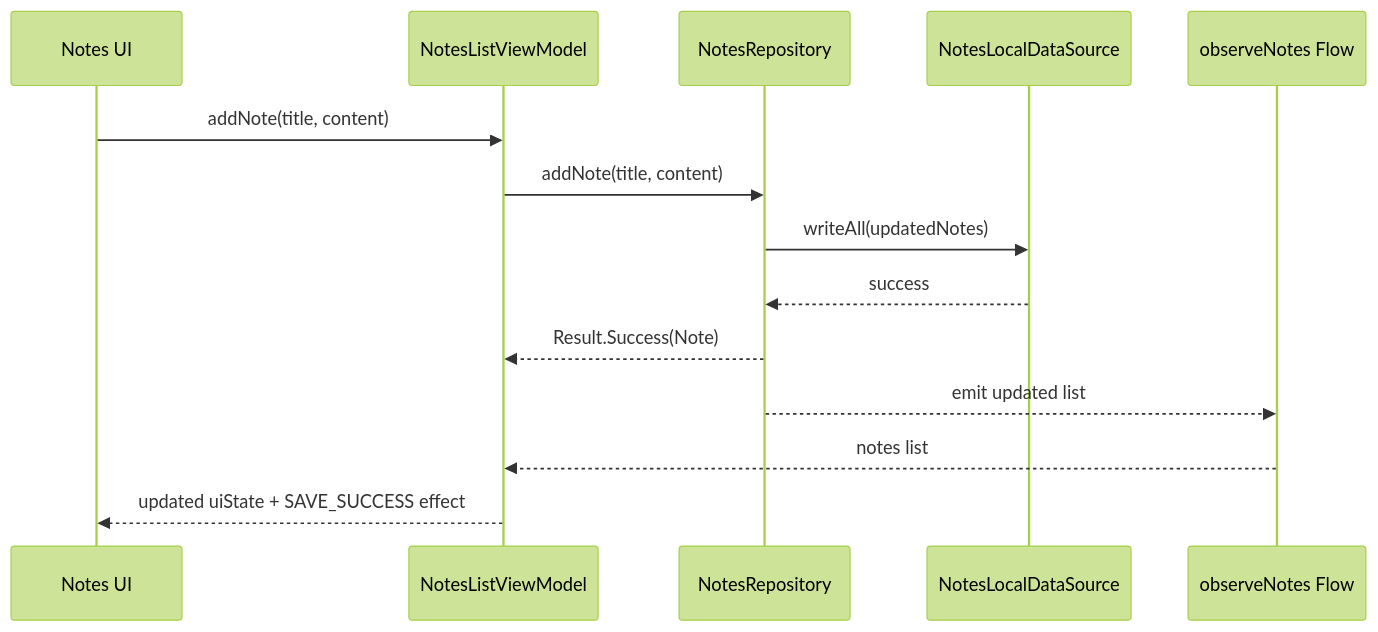
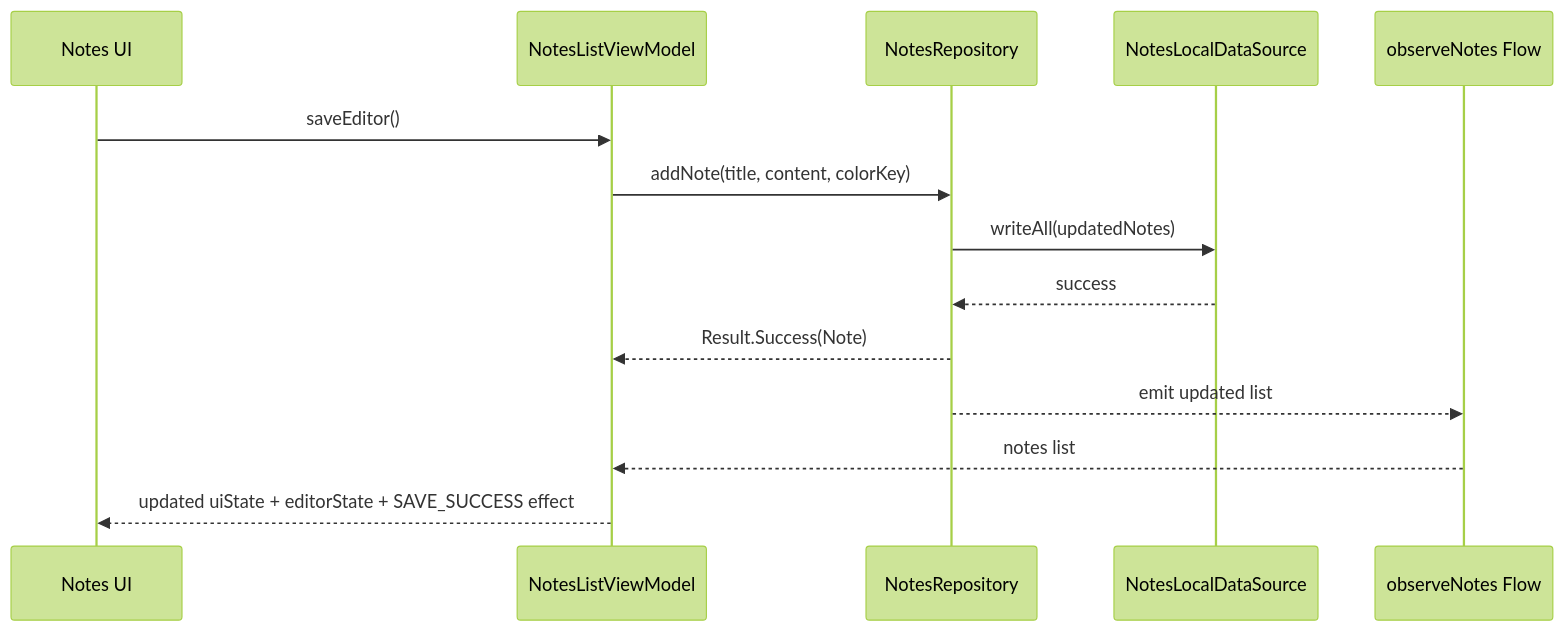
Before and after one commit to TheSetox/note: the third of 4 diagrams in feature/notes/ARCHITECTURE.md, drawn with Mermaid (forest theme). The commit also changed other lines of this file and 17 other files, not shown here.

````diff
--- a/feature/notes/ARCHITECTURE.md
+++ b/feature/notes/ARCHITECTURE.md
@@ -75,17 +93,17 @@
 ```mermaid
 sequenceDiagram
   participant UI as Notes UI
   participant VM as NotesListViewModel
   participant Repo as NotesRepository
   participant Local as NotesLocalDataSource
   participant Flow as observeNotes Flow
 
-  UI->>VM: addNote(title, content)
-  VM->>Repo: addNote(title, content)
+  UI->>VM: saveEditor()
+  VM->>Repo: addNote(title, content, colorKey)
   Repo->>Local: writeAll(updatedNotes)
   Local-->>Repo: success
   Repo-->>VM: Result.Success(Note)
   Repo-->>Flow: emit updated list
   Flow-->>VM: notes list
-  VM-->>UI: updated uiState + SAVE_SUCCESS effect
+  VM-->>UI: updated uiState + editorState + SAVE_SUCCESS effect
 ```
````
